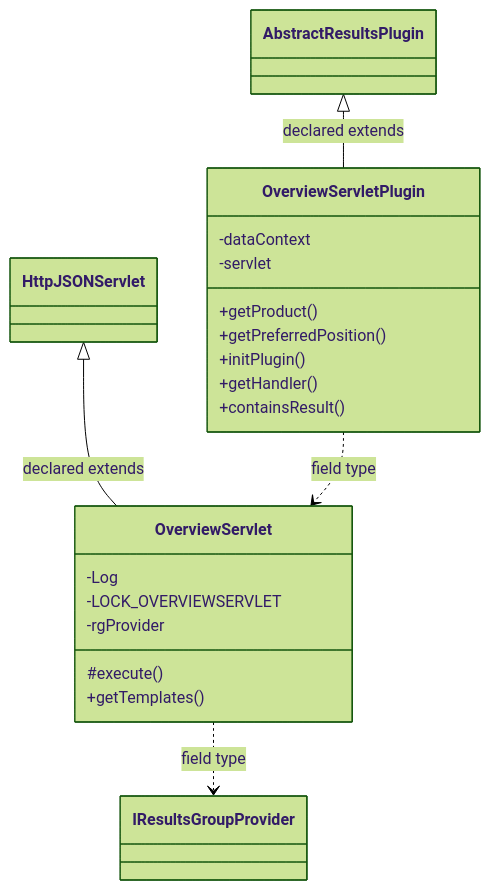
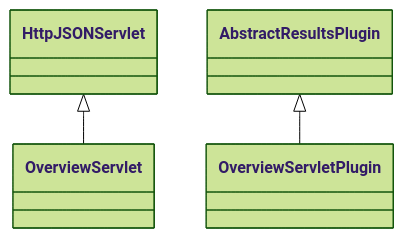
The diagram in docs/sqx/Results/ResultsOverview.md (haruperi/HaruQuantAI), drawn with Mermaid (forest theme) before and after one commit. The commit also changed other lines of this file and 1688 other files, not shown here.

````diff
--- a/docs/sqx/Results/ResultsOverview.md
+++ b/docs/sqx/Results/ResultsOverview.md
@@ -30,26 +26,9 @@
 ```mermaid
 classDiagram
-    class C547e64a92adf["OverviewServlet"] {
-        -Log
-        -LOCK_OVERVIEWSERVLET
-        -rgProvider
-        #execute()
-        +getTemplates()
-    }
-    class C8246e427501f["OverviewServletPlugin"] {
-        -dataContext
-        -servlet
-        +getProduct()
-        +getPreferredPosition()
-        +initPlugin()
-        +getHandler()
-        +containsResult()
-    }
-    class C180e0c3f58c3["AbstractResultsPlugin"]
-    class C9ceba9ba4bac["IResultsGroupProvider"]
-    class C8900f90ae594["HttpJSONServlet"]
-    C8900f90ae594 <|-- C547e64a92adf : declared extends
-    C547e64a92adf ..> C9ceba9ba4bac : field type
-    C180e0c3f58c3 <|-- C8246e427501f : declared extends
-    C8246e427501f ..> C547e64a92adf : field type
+    class C0["OverviewServlet"]
+    class C1["OverviewServletPlugin"]
+    class E0["HttpJSONServlet"]
+    E0 <|-- C0
+    class E1["AbstractResultsPlugin"]
+    E1 <|-- C1
 ```
````
